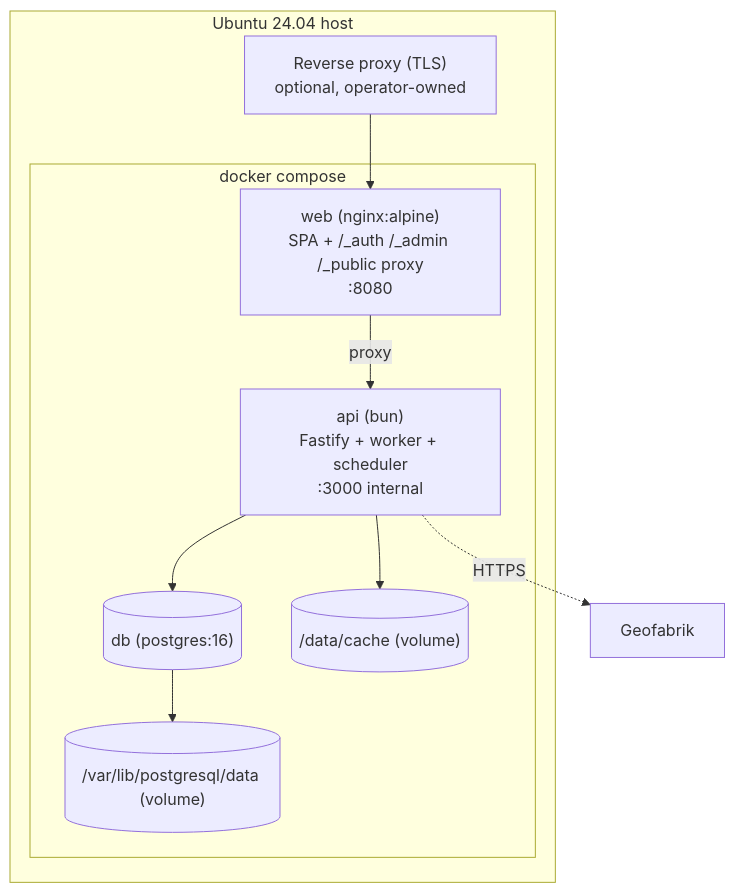
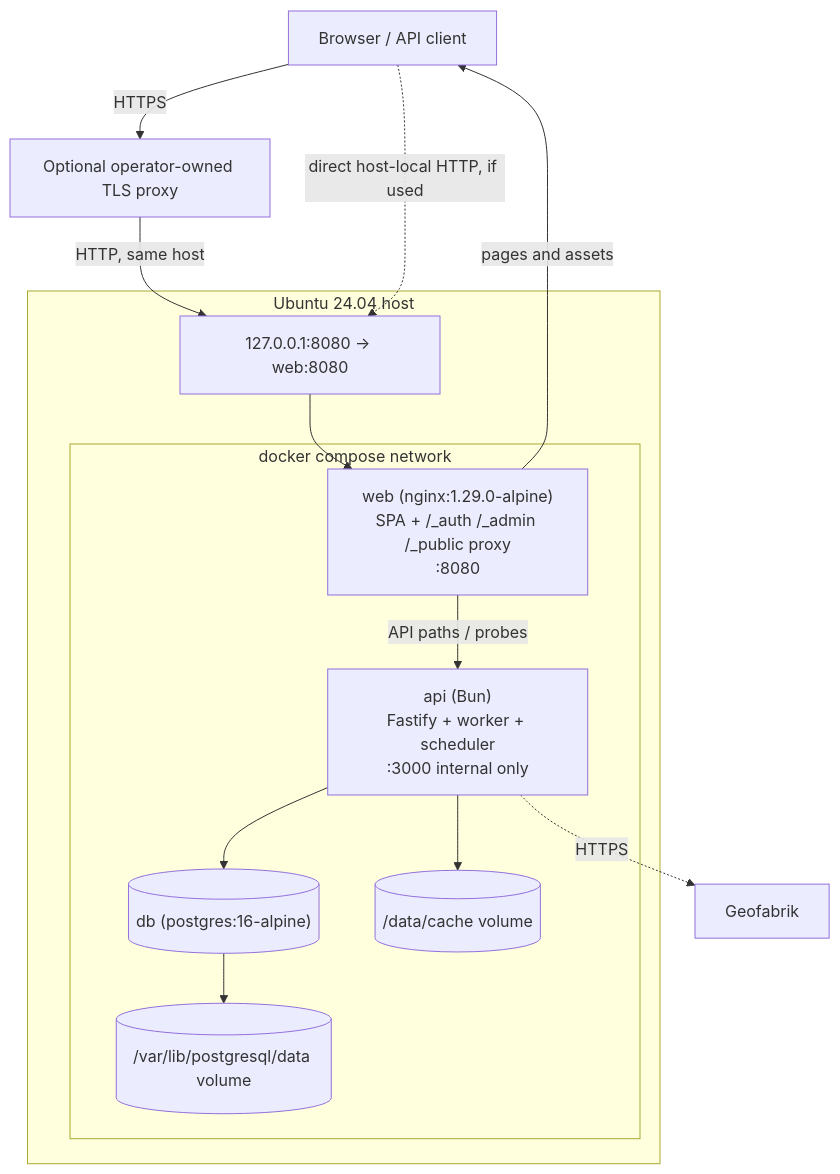
Before and after one commit to komeilm76/mapirror: the second of 11 diagrams in docs/06-diagrams.md, drawn with Mermaid. The commit also changed other lines of this file and 6 other files, not shown here.

Commit message:
docs: reverify API contracts and refresh diagrams

````diff
--- a/docs/06-diagrams.md
+++ b/docs/06-diagrams.md
@@ -26,19 +29,27 @@
 ```mermaid
 flowchart TB
+  client["Browser / API client"]
+  tls["Optional operator-owned TLS proxy"]
   subgraph host["Ubuntu 24.04 host"]
-    proxy["Reverse proxy (TLS)\noptional, operator-owned"]
-    subgraph compose["docker compose"]
-      web["web (nginx:alpine)\nSPA + /_auth /_admin /_public proxy\n:8080"]
-      api["api (bun)\nFastify + worker + scheduler\n:3000 internal"]
-      db[("db (postgres:16)")]
-      vol1[("/data/cache (volume)")]
-      vol2[("/var/lib/postgresql/data (volume)")]
+    hostport["127.0.0.1:8080 → web:8080"]
+    subgraph compose["docker compose network"]
+      web["web (nginx:1.29.0-alpine)\nSPA + /_auth /_admin /_public proxy\n:8080"]
+      api["api (Bun)\nFastify + worker + scheduler\n:3000 internal only"]
+      db[("db (postgres:16-alpine)")]
+      vol1[("/data/cache volume")]
+      vol2[("/var/lib/postgresql/data volume")]
     end
   end
-  proxy --> web
-  web -->|proxy| api
+  gf["Geofabrik"]
+
+  client -->|HTTPS| tls
+  tls -->|HTTP, same host| hostport
+  client -.->|direct host-local HTTP, if used| hostport
+  hostport --> web
+  web -->|API paths / probes| api
+  web -->|pages and assets| client
   api --> db
   api --> vol1
   db --> vol2
-  api -.->|HTTPS| gf["Geofabrik"]
+  api -.->|HTTPS| gf
 ```
````
